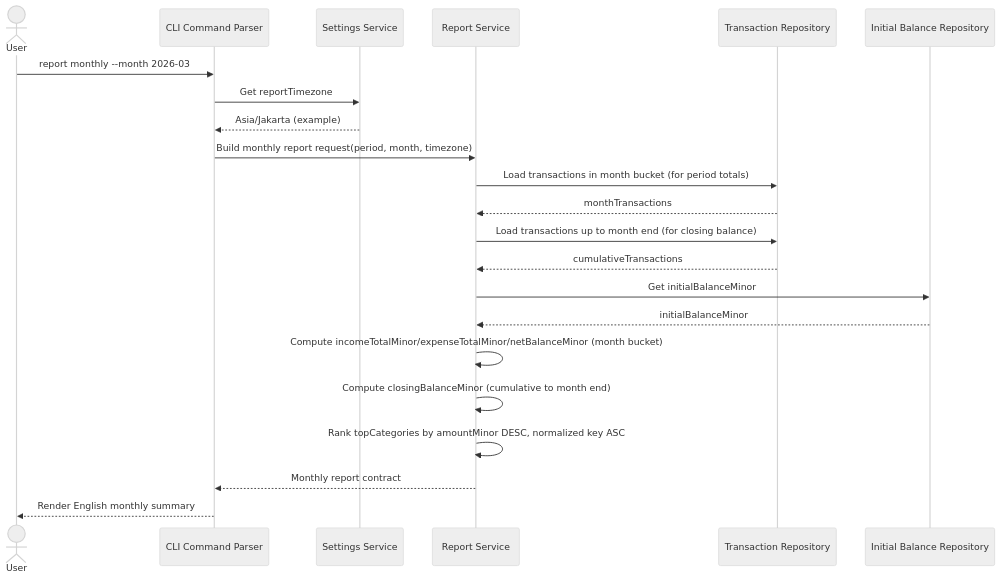
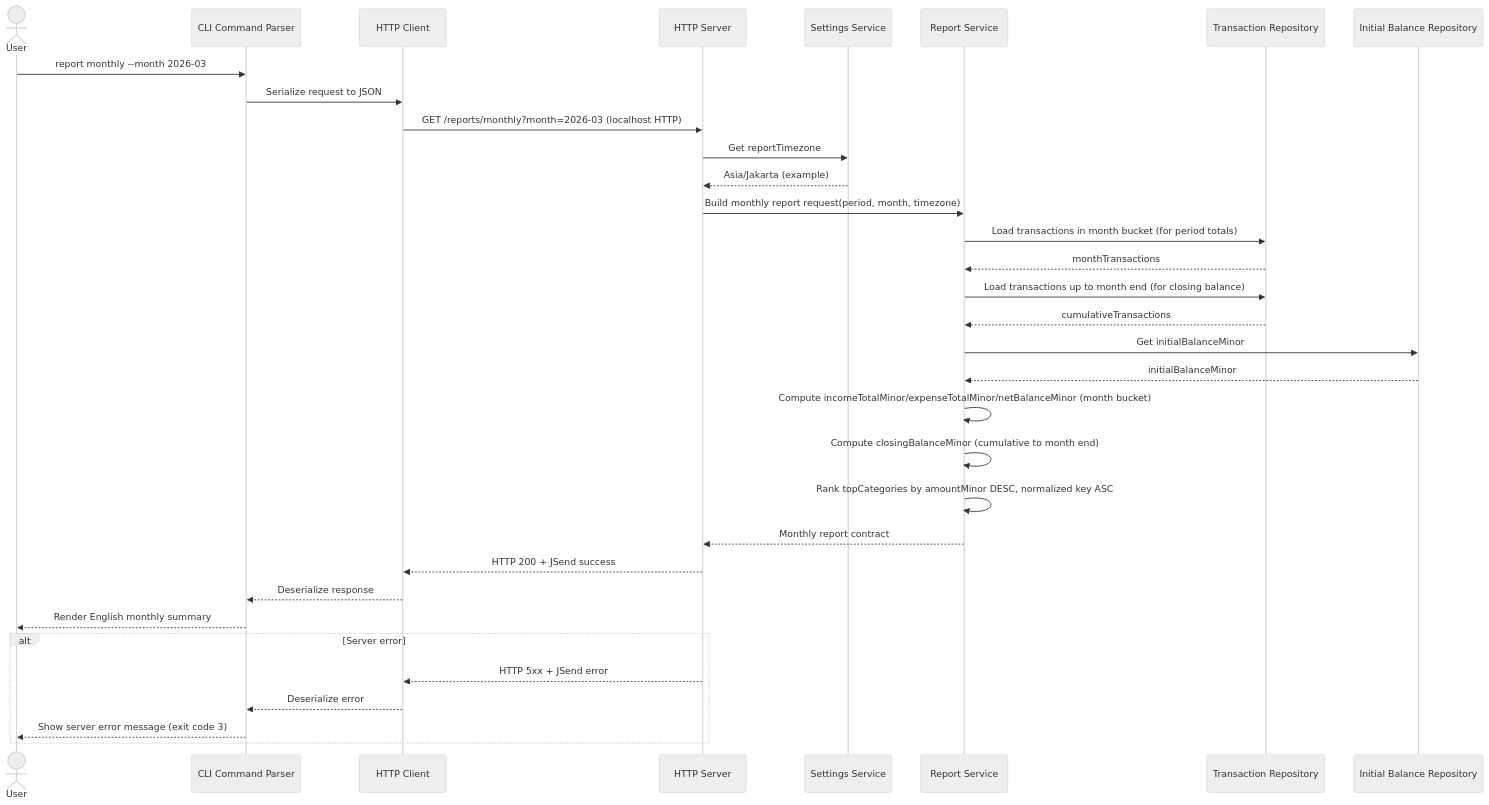
Before and after one commit to handiism/infinita: the diagram in docs/diagrams/trd/001-trd-sequence-monthly-report.mmd, drawn with Mermaid (neutral theme). The commit also changed 34 other files, not shown here.

First line of the commit message:
feat: implement embedded HTTP server for CLI communication and refactor use cases

```diff
--- a/docs/diagrams/trd/001-trd-sequence-monthly-report.mmd
+++ b/docs/diagrams/trd/001-trd-sequence-monthly-report.mmd
@@ -1,28 +1,42 @@
 sequenceDiagram
     actor User
     participant CLI as CLI Command Parser
+    participant CLIENT as HTTP Client
+    participant SERVER as HTTP Server
     participant SET as Settings Service
     participant REP as Report Service
     participant TREPO as Transaction Repository
     participant IREPO as Initial Balance Repository
 
     User->>CLI: report monthly --month 2026-03
-    CLI->>SET: Get reportTimezone
-    SET-->>CLI: Asia/Jakarta (example)
+    
+    CLI->>CLIENT: Serialize request to JSON
+    CLIENT->>SERVER: GET /reports/monthly?month=2026-03 (localhost HTTP)
 
-    CLI->>REP: Build monthly report request(period, month, timezone)
+    SERVER->>SET: Get reportTimezone
+    SET-->>SERVER: Asia/Jakarta (example)
+
+    SERVER->>REP: Build monthly report request(period, month, timezone)
     REP->>TREPO: Load transactions in month bucket (for period totals)
     TREPO-->>REP: monthTransactions
 
     REP->>TREPO: Load transactions up to month end (for closing balance)
     TREPO-->>REP: cumulativeTransactions
 
     REP->>IREPO: Get initialBalanceMinor
     IREPO-->>REP: initialBalanceMinor
 
     REP->>REP: Compute incomeTotalMinor/expenseTotalMinor/netBalanceMinor (month bucket)
     REP->>REP: Compute closingBalanceMinor (cumulative to month end)
     REP->>REP: Rank topCategories by amountMinor DESC, normalized key ASC
 
-    REP-->>CLI: Monthly report contract
+    REP-->>SERVER: Monthly report contract
+    SERVER-->>CLIENT: HTTP 200 + JSend success
+    CLIENT-->>CLI: Deserialize response
     CLI-->>User: Render English monthly summary
+
+    alt Server error
+        SERVER-->>CLIENT: HTTP 5xx + JSend error
+        CLIENT-->>CLI: Deserialize error
+        CLI-->>User: Show server error message (exit code 3)
+    end
```
